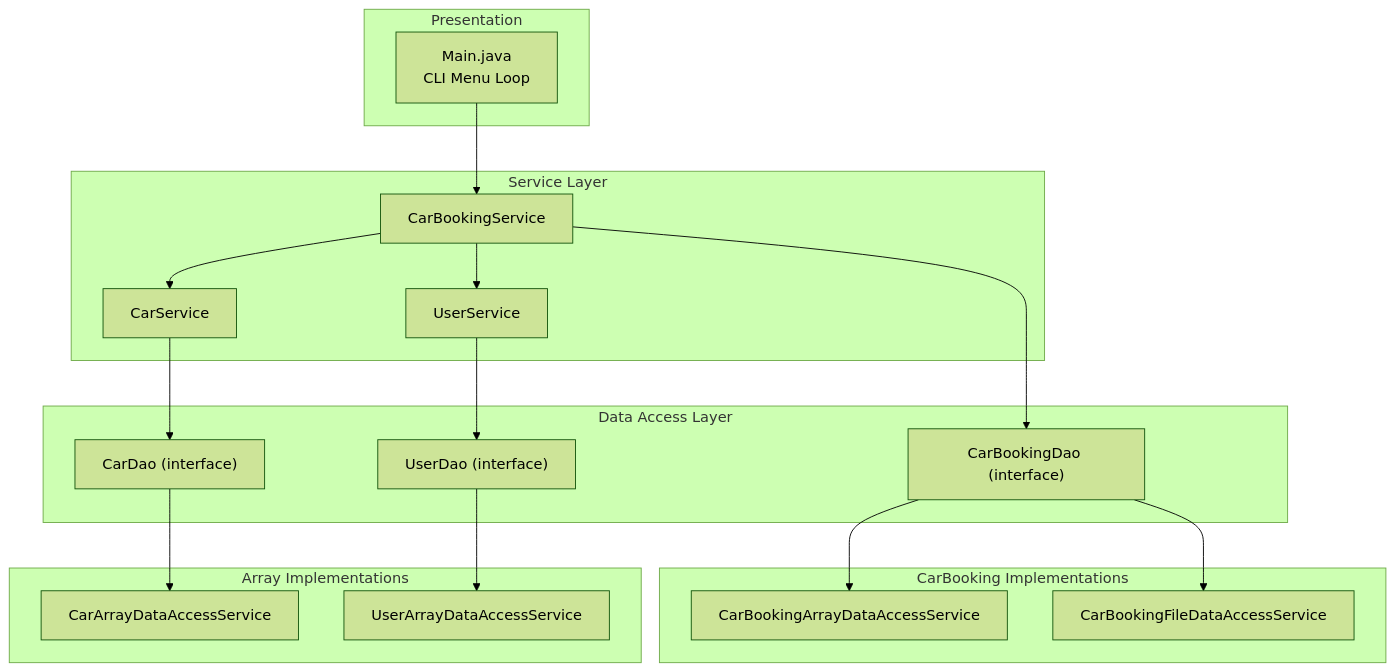
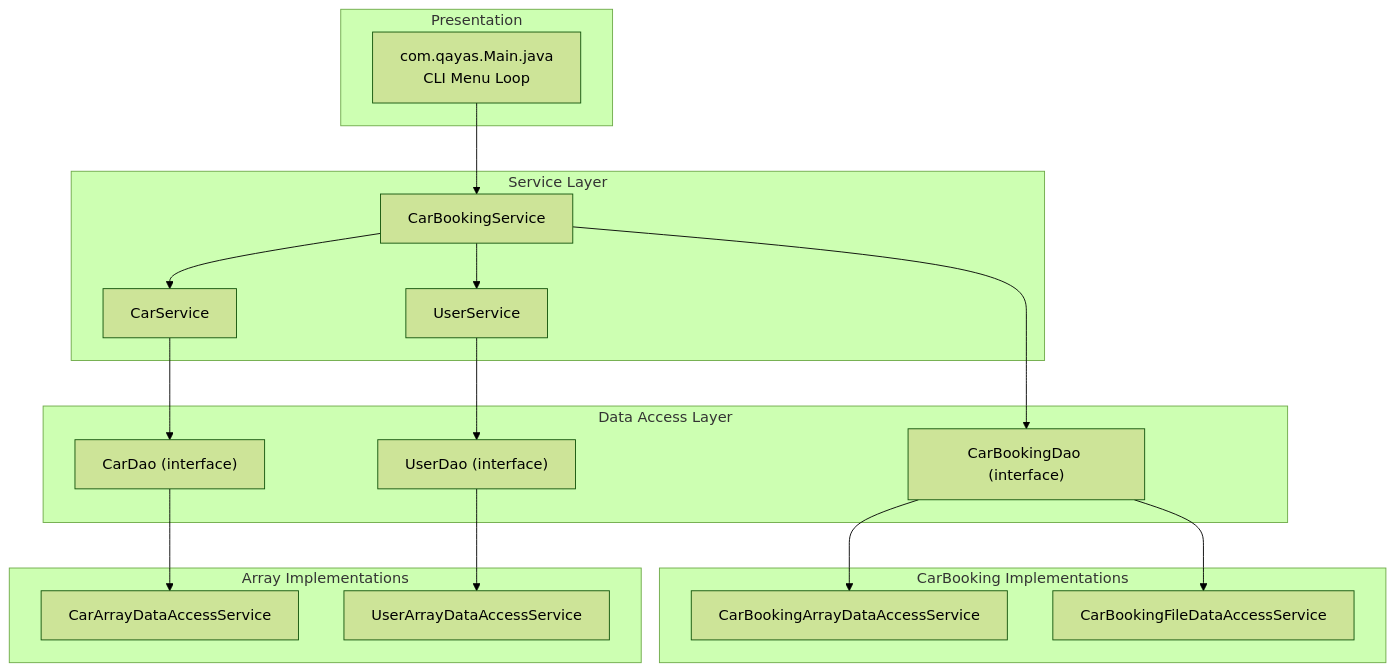
The sixth of 10 diagrams in README.md (AhmedElqayas/java-master-class), drawn with Mermaid (forest theme) before and after one commit. The commit also changed other lines of this file and 18 other files, not shown here.

````diff
--- a/README.md
+++ b/README.md
@@ -437,39 +437,39 @@
 ```mermaid
 graph TB
     subgraph Presentation
-        M[Main.java<br>CLI Menu Loop]
+        M[com.qayas.Main.java<br>CLI Menu Loop]
     end
 
     subgraph Service Layer
         CBS[CarBookingService]
         CS[CarService]
         US[UserService]
     end
 
     subgraph Data Access Layer
         CBD["CarBookingDao (interface)"]
         CD["CarDao (interface)"]
         UD["UserDao (interface)"]
     end
 
     subgraph CarBooking Implementations
         CBDA[CarBookingArrayDataAccessService]
         CBDF[CarBookingFileDataAccessService]
     end
 
     subgraph Array Implementations
         CDA[CarArrayDataAccessService]
         UDA[UserArrayDataAccessService]
     end
 
     M --> CBS
     CBS --> CS
     CBS --> US
     CBS --> CBD
     CS --> CD
     US --> UD
     CBD --> CBDA
     CBD --> CBDF
     CD --> CDA
     UD --> UDA
 ```
````
